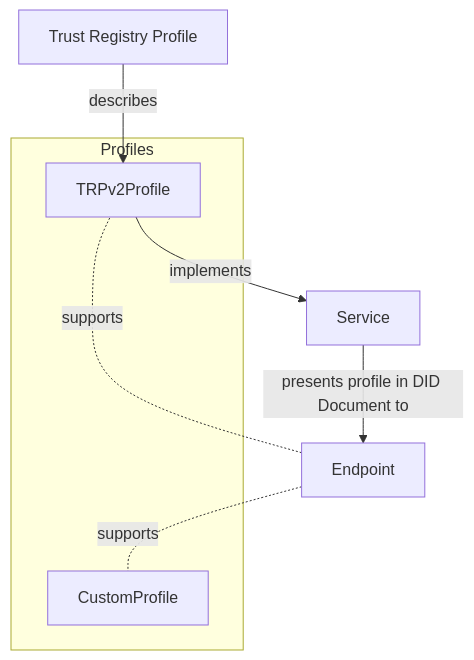
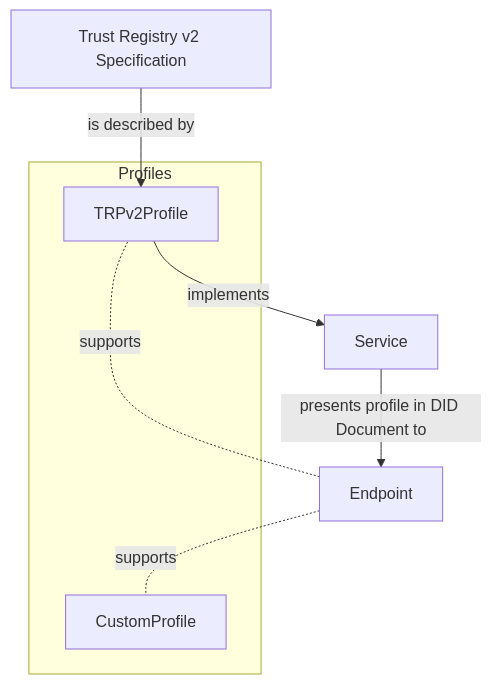
One commit to trustoverip/tswg-trust-registry-service-profile changed the first of 2 diagrams in spec.md. Above: the diagram before and after it, drawn with Mermaid.

````diff
--- a/spec.md
+++ b/spec.md
@@ -45,13 +45,13 @@
 ```mermaid
 graph TD
   subgraph Profiles
     TRPv2[TRPv2Profile]
     CustomProfile[CustomProfile]
   end
-  TRPv2Spec[Trust Registry Profile] -->|describes| TRPv2
+  TRPv2Spec[Trust Registry v2 Specification] -->|is described by| TRPv2
   TRPService[Service]
   TRPv2  -->|implements| TRPService
   TRPService --> |presents profile in DID Document to| Endpoint
   Endpoint -.-|supports| TRPv2
   Endpoint -.-|supports| CustomProfile
 ```
````
